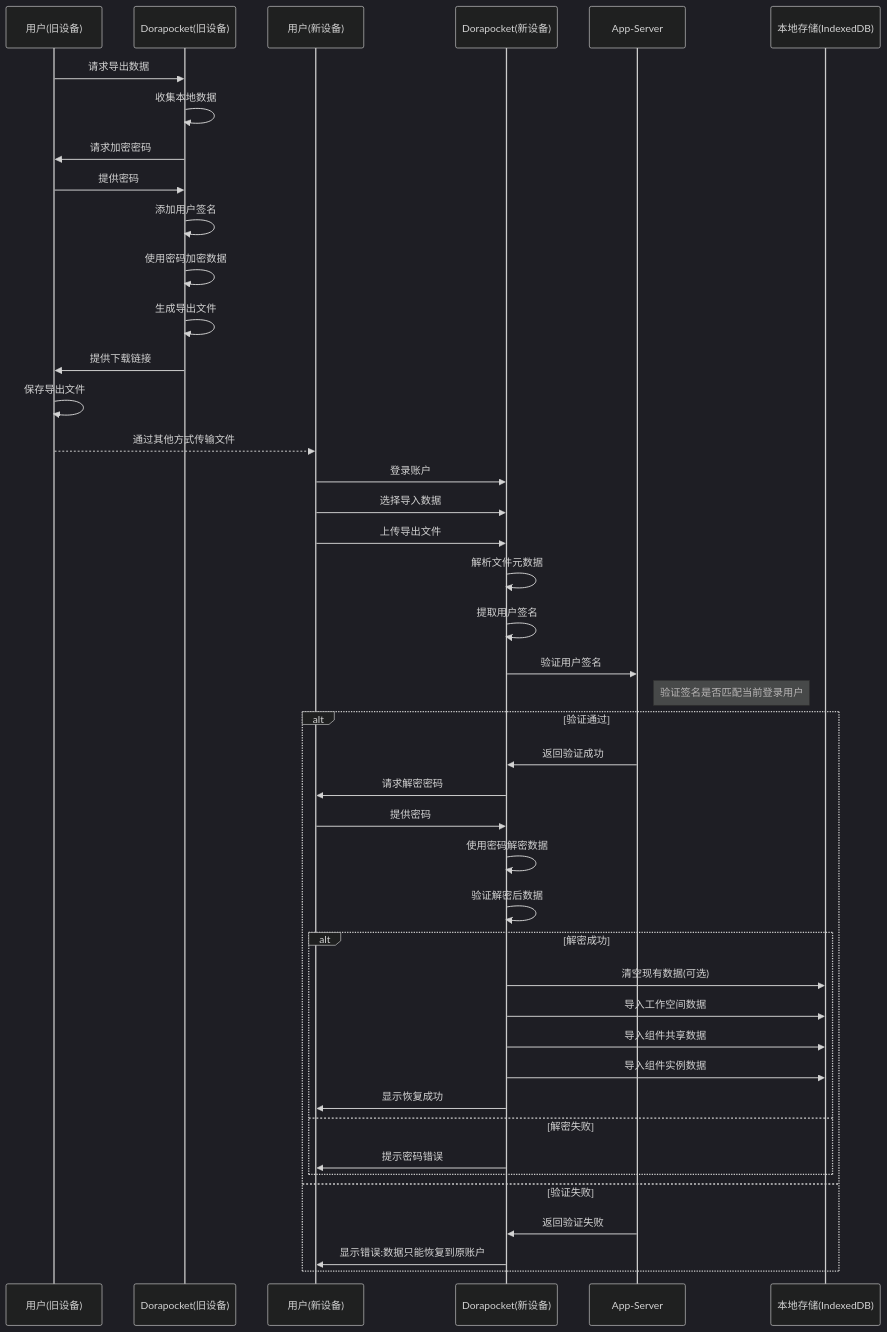
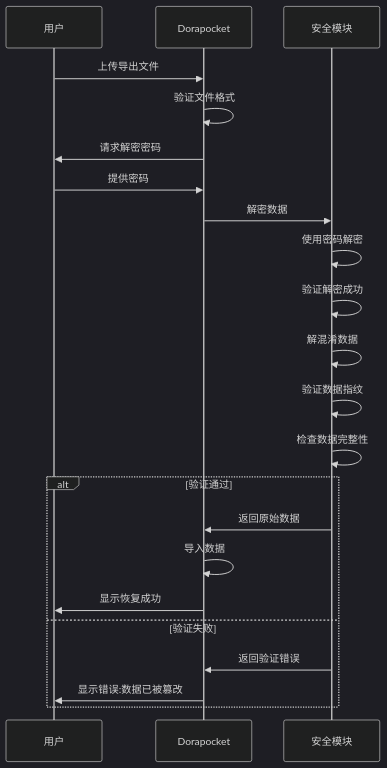
One commit to yingjianzh/iodraw-files changed the diagram in all/未命名-34.md. Above: the diagram before and after it, drawn with Mermaid (dark theme).

Commit message:
2025-04-17 16:40:26 update

````diff
--- a/all/未命名-34.md
+++ b/all/未命名-34.md
@@ -1,57 +1,28 @@
 ```mermaid
 sequenceDiagram
-    participant UserOld as 用户(旧设备)
-    participant AppOld as Dorapocket(旧设备)
-    participant UserNew as 用户(新设备)
-    participant AppNew as Dorapocket(新设备)
-    participant AppServer as App-Server
-    participant LocalDB as 本地存储(IndexedDB)
+    participant User as 用户
+    participant App as Dorapocket
+    participant Security as 安全模块
     
-    %% 导出流程
-    UserOld->>AppOld: 请求导出数据
-    AppOld->>AppOld: 收集本地数据
-    AppOld->>UserOld: 请求加密密码
-    UserOld->>AppOld: 提供密码
+    User->>App: 上传导出文件
+    App->>App: 验证文件格式
+    App->>User: 请求解密密码
+    User->>App: 提供密码
     
-    AppOld->>AppOld: 添加用户签名
-    AppOld->>AppOld: 使用密码加密数据
-    AppOld->>AppOld: 生成导出文件
-    AppOld->>UserOld: 提供下载链接
-    UserOld->>UserOld: 保存导出文件
+    App->>Security: 解密数据
+    Security->>Security: 使用密码解密
+    Security->>Security: 验证解密成功
     
-    %% 传输文件(由用户完成)
-    UserOld-->>UserNew: 通过其他方式传输文件
-    
-    %% 恢复流程
-    UserNew->>AppNew: 登录账户
-    UserNew->>AppNew: 选择导入数据
-    UserNew->>AppNew: 上传导出文件
-    
-    AppNew->>AppNew: 解析文件元数据
-    AppNew->>AppNew: 提取用户签名
-    
-    AppNew->>AppServer: 验证用户签名
-    note right of AppServer: 验证签名是否匹配当前登录用户
+    Security->>Security: 解混淆数据
+    Security->>Security: 验证数据指纹
+    Security->>Security: 检查数据完整性
     
     alt 验证通过
-        AppServer->>AppNew: 返回验证成功
-        AppNew->>UserNew: 请求解密密码
-        UserNew->>AppNew: 提供密码
-        
-        AppNew->>AppNew: 使用密码解密数据
-        AppNew->>AppNew: 验证解密后数据
-        
-        alt 解密成功
-            AppNew->>LocalDB: 清空现有数据(可选)
-            AppNew->>LocalDB: 导入工作空间数据
-            AppNew->>LocalDB: 导入组件共享数据
-            AppNew->>LocalDB: 导入组件实例数据
-            AppNew->>UserNew: 显示恢复成功
-        else 解密失败
-            AppNew->>UserNew: 提示密码错误
-        end
+        Security->>App: 返回原始数据
+        App->>App: 导入数据
+        App->>User: 显示恢复成功
     else 验证失败
-        AppServer->>AppNew: 返回验证失败
-        AppNew->>UserNew: 显示错误:数据只能恢复到原账户
+        Security->>App: 返回验证错误
+        App->>User: 显示错误:数据已被篡改
     end
 ```
````
